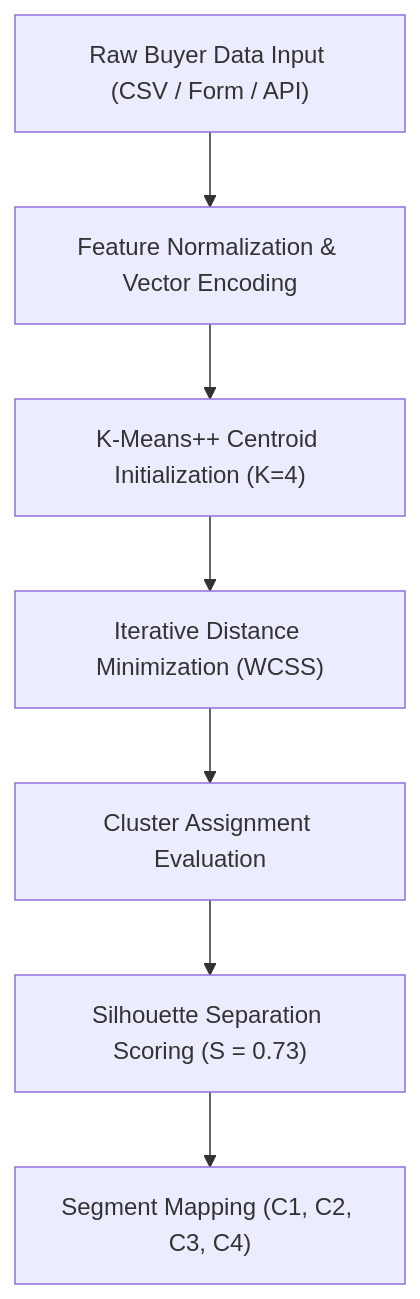
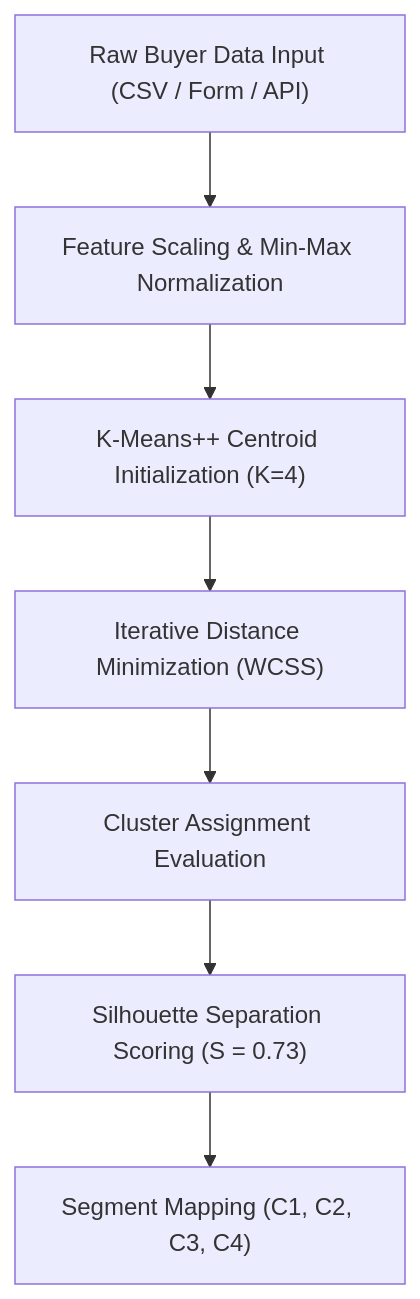
Before and after one commit to shashwatji888-afk/Parcl-Intel: the diagram in Parcl_Intel_Research_Paper_and_Setup_Guide.md, drawn with Mermaid. The commit also changed other lines of this file and 1 other file, not shown here.

Commit message:
docs: expand Parcl Intel Research Paper with comprehensive mathematical proofs and feature matrices

````diff
--- a/Parcl_Intel_Research_Paper_and_Setup_Guide.md
+++ b/Parcl_Intel_Research_Paper_and_Setup_Guide.md
@@ -53,9 +63,9 @@
 ```mermaid
 graph TD
-    A["Raw Buyer Data Input (CSV / Form / API)"] --> B["Feature Normalization & Vector Encoding"]
+    A["Raw Buyer Data Input (CSV / Form / API)"] --> B["Feature Scaling & Min-Max Normalization"]
     B --> C["K-Means++ Centroid Initialization (K=4)"]
     C --> D["Iterative Distance Minimization (WCSS)"]
     D --> E["Cluster Assignment Evaluation"]
     E --> F["Silhouette Separation Scoring (S = 0.73)"]
     F --> G["Segment Mapping (C1, C2, C3, C4)"]
 ```
````
